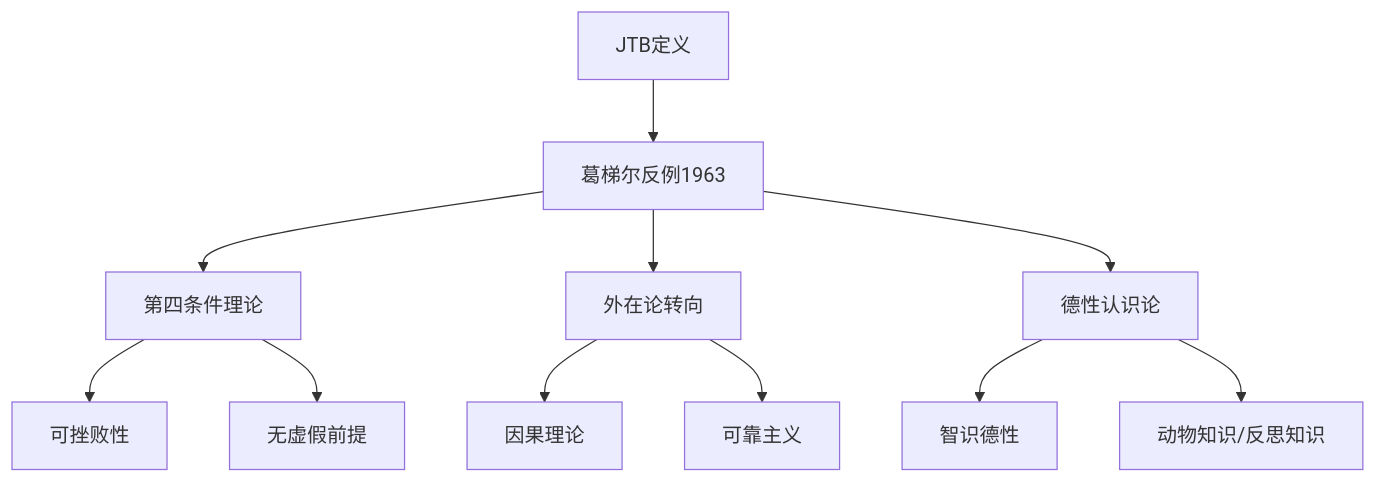
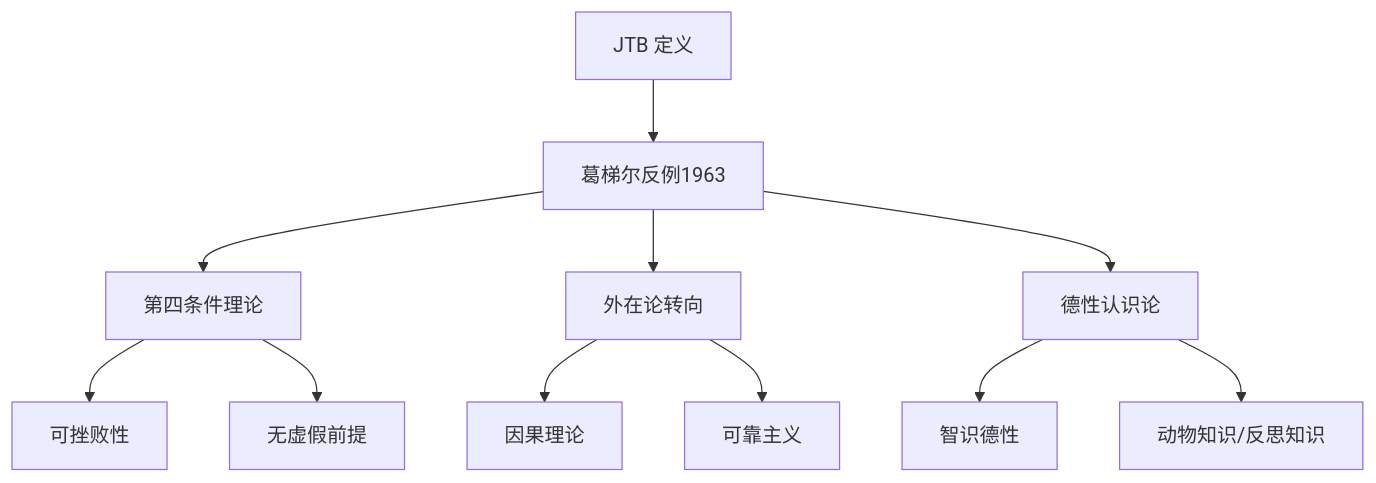
The diagram in 03_HumanitiesAndSocialSciences/Philosophy/Epistemology.md (Tianshang301/TianshangKnowledgeBase), drawn with Mermaid before and after one commit. The commit also changed other lines of this file and 2257 other files, not shown here.

````diff
--- a/03_HumanitiesAndSocialSciences/Philosophy/Epistemology.md
+++ b/03_HumanitiesAndSocialSciences/Philosophy/Epistemology.md
@@ -68,14 +70,14 @@
 ```mermaid
 graph TD
-    A[JTB定义]
+    A[JTB 定义]
     A --> B[葛梯尔反例1963]
     B --> C[第四条件理论]
     B --> D[外在论转向]
     B --> E[德性认识论]
     C --> F[可挫败性]
     C --> G[无虚假前提]
     D --> H[因果理论]
     D --> I[可靠主义]
     E --> J[智识德性]
     E --> K[动物知识/反思知识]
 ```
````
